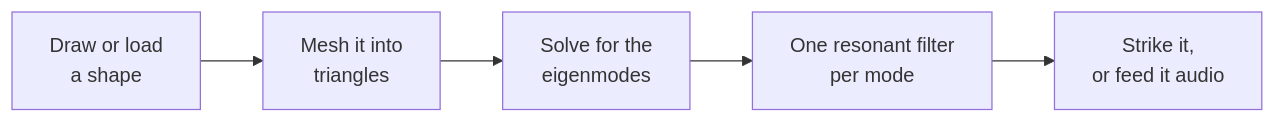
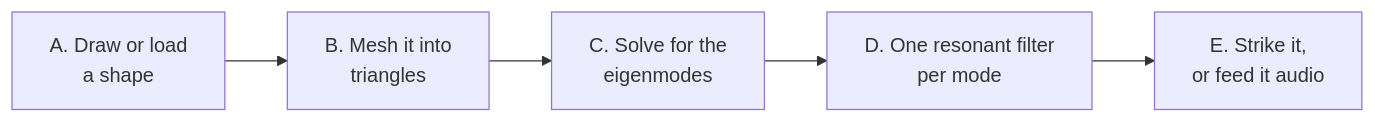
The diagram in README.md (odoare/ModalDish), drawn with Mermaid before and after one commit.

Commit message:
readme modifs

````diff
--- a/README.md
+++ b/README.md
@@ -43,7 +43,7 @@
 ```mermaid
 flowchart LR
-  A["Draw or load<br>a shape"] --> B["Mesh it into<br>triangles"]
-  B --> C["Solve for the<br>eigenmodes"]
-  C --> D["One resonant filter<br>per mode"]
-  D --> E["Strike it,<br>or feed it audio"]
+  A["A. Draw or load<br>a shape"] --> B["B. Mesh it into<br>triangles"]
+  B --> C["C. Solve for the<br>eigenmodes"]
+  C --> D["D. One resonant filter<br>per mode"]
+  D --> E["E. Strike it,<br>or feed it audio"]
 ```
````
